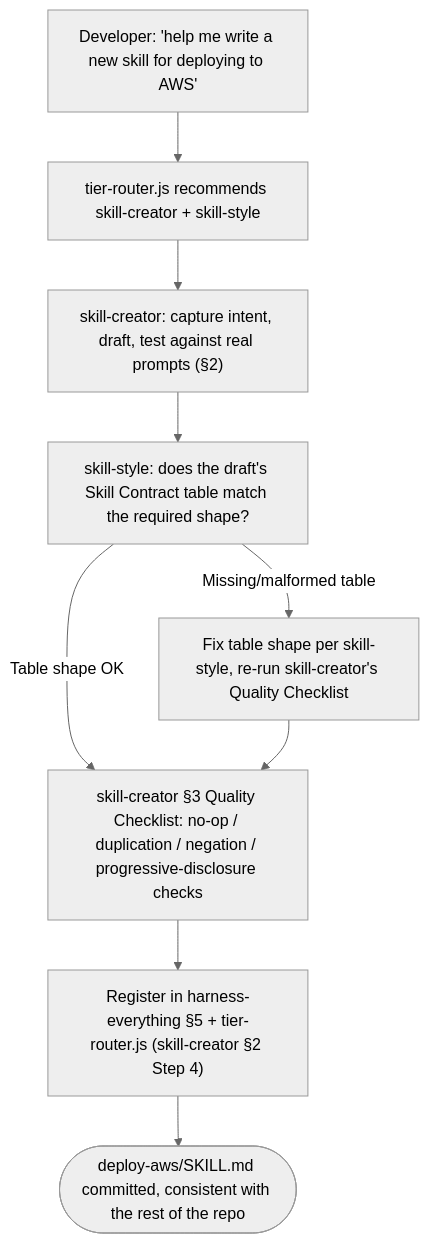
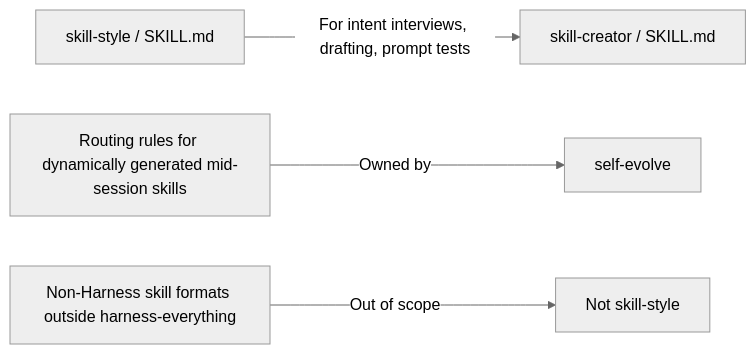
One commit to dyphn1/Harness-everything changed the fourth of 4 diagrams in docs/workflows/skill-style.md. Above: the diagram before and after it, drawn with Mermaid (neutral theme). The commit also changed other lines of this file and 16 other files, not shown here.

````diff
--- a/docs/workflows/skill-style.md
+++ b/docs/workflows/skill-style.md
@@ -44,11 +38,6 @@
 ```mermaid
-graph TD
-  Start["Developer: 'help me write a new skill for deploying to AWS'"] --> Router["tier-router.js recommends skill-creator + skill-style"]
-  Router --> Creator["skill-creator: capture intent, draft, test against real prompts (§2)"]
-  Creator --> StyleCheck["skill-style: does the draft's Skill Contract table match the required shape?"]
-  StyleCheck -->|Missing/malformed table| Fix["Fix table shape per skill-style, re-run skill-creator's Quality Checklist"]
-  StyleCheck -->|Table shape OK| Checklist["skill-creator §3 Quality Checklist: no-op / duplication / negation / progressive-disclosure checks"]
-  Fix --> Checklist
-  Checklist --> Register["Register in harness-everything §5 + tier-router.js (skill-creator §2 Step 4)"]
-  Register --> Done([deploy-aws/SKILL.md committed, consistent with the rest of the repo])
+graph LR
+  StyleSkill2["skill-style / SKILL.md"] -->|For intent interviews, drafting, prompt tests| CreatorSkill["skill-creator / SKILL.md"]
+  DynRoute["Routing rules for dynamically generated mid-session skills"] -->|Owned by| SelfEvolve["self-evolve"]
+  NonHarness["Non-Harness skill formats outside harness-everything"] -->|Out of scope| NotStyle["Not skill-style"]
 ```
````
